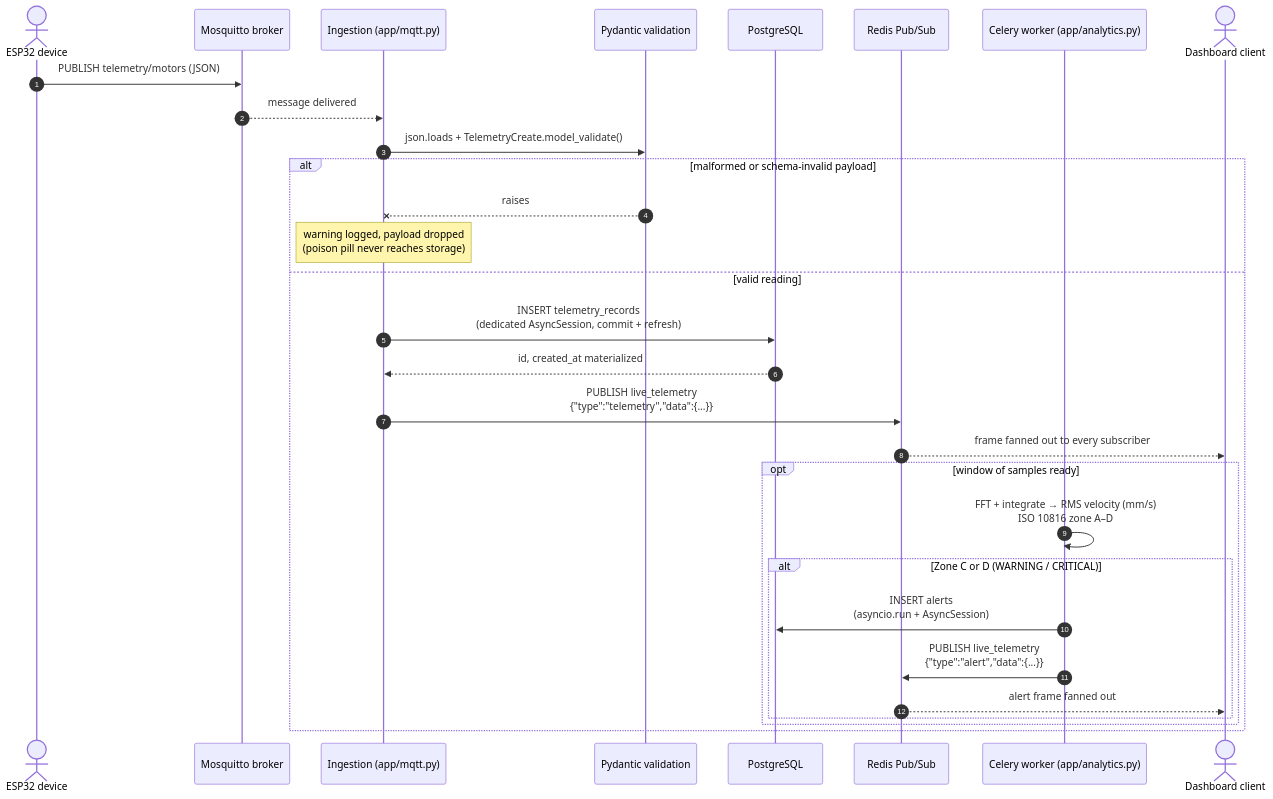
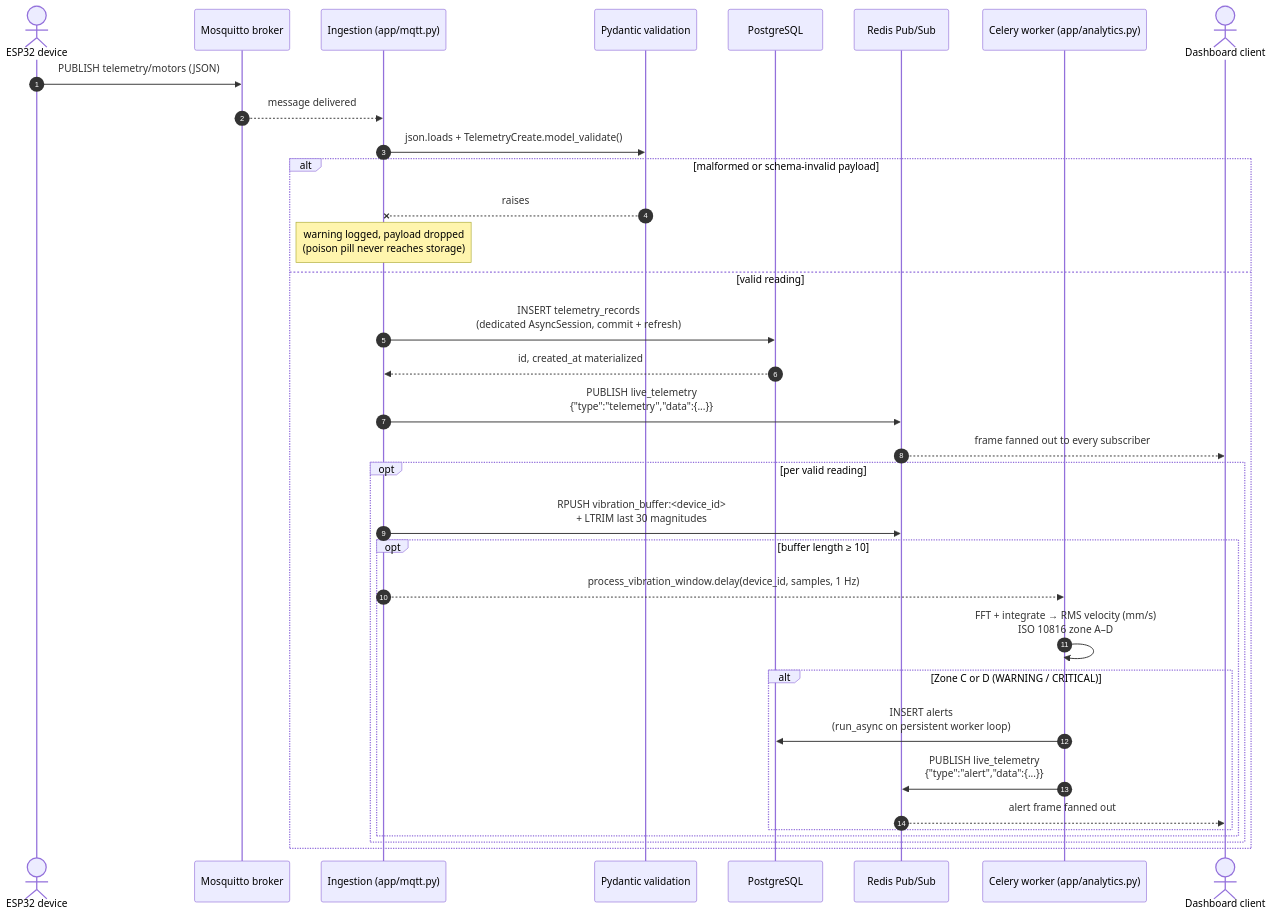
Before and after one commit to khantushar903/iot-backend: the first of 2 diagrams in docs/architecture.md, drawn with Mermaid. The commit also changed other lines of this file and 7 other files, not shown here.

Commit message:
feat: implement sliding-window vibration buffering and async processing in analytics engine; update documentation and add verification script

````diff
--- a/docs/architecture.md
+++ b/docs/architecture.md
@@ -7,35 +7,39 @@
 ```mermaid
 sequenceDiagram
     autonumber
     actor ESP as ESP32 device
     participant MQ as Mosquitto broker
     participant ING as Ingestion (app/mqtt.py)
     participant VAL as Pydantic validation
     participant PG as PostgreSQL
     participant RD as Redis Pub/Sub
     participant CEL as Celery worker (app/analytics.py)
     actor DASH as Dashboard client
 
     ESP->>MQ: PUBLISH telemetry/motors (JSON)
     MQ-->>ING: message delivered
     ING->>VAL: json.loads + TelemetryCreate.model_validate()
 
     alt malformed or schema-invalid payload
         VAL--xING: raises
         Note over ING: warning logged, payload dropped<br/>(poison pill never reaches storage)
     else valid reading
         ING->>PG: INSERT telemetry_records<br/>(dedicated AsyncSession, commit + refresh)
         PG-->>ING: id, created_at materialized
         ING->>RD: PUBLISH live_telemetry<br/>{"type":"telemetry","data":{...}}
         RD-->>DASH: frame fanned out to every subscriber
 
-        opt window of samples ready
-            CEL->>CEL: FFT + integrate → RMS velocity (mm/s)<br/>ISO 10816 zone A–D
-            alt Zone C or D (WARNING / CRITICAL)
-                CEL->>PG: INSERT alerts<br/>(asyncio.run + AsyncSession)
-                CEL->>RD: PUBLISH live_telemetry<br/>{"type":"alert","data":{...}}
-                RD-->>DASH: alert frame fanned out
+        opt per valid reading
+            ING->>RD: RPUSH vibration_buffer:<device_id><br/>+ LTRIM last 30 magnitudes
+            opt buffer length ≥ 10
+                ING-->>CEL: process_vibration_window.delay(device_id, samples, 1 Hz)
+                CEL->>CEL: FFT + integrate → RMS velocity (mm/s)<br/>ISO 10816 zone A–D
+                alt Zone C or D (WARNING / CRITICAL)
+                    CEL->>PG: INSERT alerts<br/>(run_async on persistent worker loop)
+                    CEL->>RD: PUBLISH live_telemetry<br/>{"type":"alert","data":{...}}
+                    RD-->>DASH: alert frame fanned out
+                end
             end
         end
     end
 ```
````
